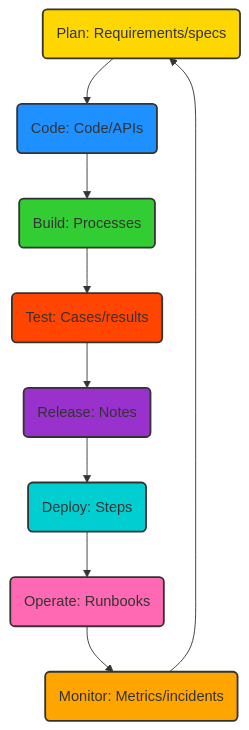
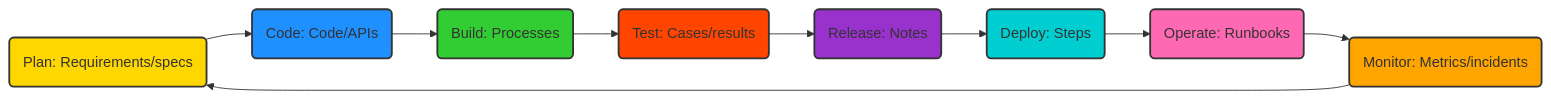
Before and after one commit to buckeye43210/markdown-to-snowkb: the fifth of 12 diagrams in README.md, drawn with Mermaid. The commit also changed other lines of this file, not shown here.

````diff
--- a/README.md
+++ b/README.md
@@ -304,29 +302,29 @@
 ```mermaid
-graph TD
+graph LR
     A(Plan: Requirements/specs) --> B(Code: Code/APIs)
     B --> C(Build: Processes)
     C --> D(Test: Cases/results)
     D --> E(Release: Notes)
     E --> F(Deploy: Steps)
     F --> G(Operate: Runbooks)
     G --> H(Monitor: Metrics/incidents)
     H --> A
 
     classDef plan fill:#FFD700,stroke:#333,stroke-width:2px;
     classDef code fill:#1E90FF,stroke:#333,stroke-width:2px;
     classDef build fill:#32CD32,stroke:#333,stroke-width:2px;
     classDef test fill:#FF4500,stroke:#333,stroke-width:2px;
     classDef release fill:#9932CC,stroke:#333,stroke-width:2px;
     classDef deploy fill:#00CED1,stroke:#333,stroke-width:2px;
     classDef operate fill:#FF69B4,stroke:#333,stroke-width:2px;
     classDef monitor fill:#FFA500,stroke:#333,stroke-width:2px;
 
     class A plan;
     class B code;
     class C build;
     class D test;
     class E release;
     class F deploy;
     class G operate;
     class H monitor;
 ```
````
